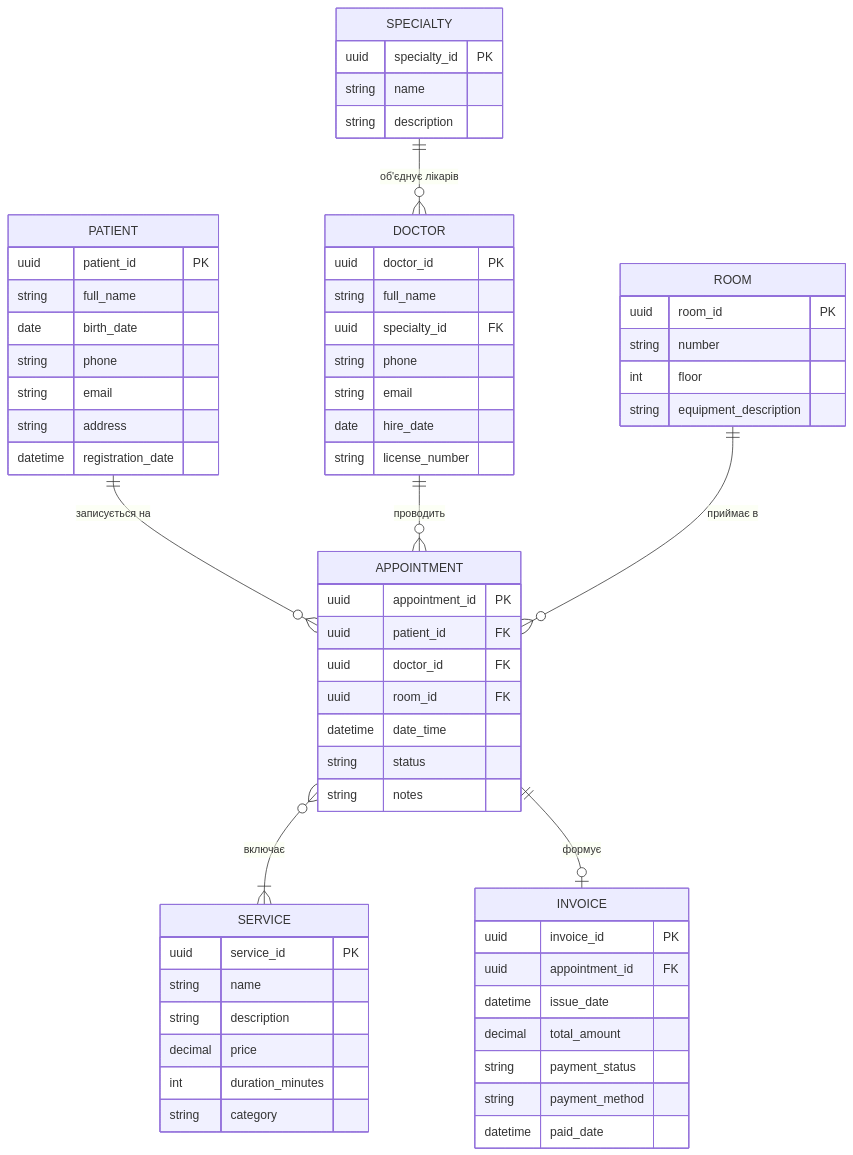
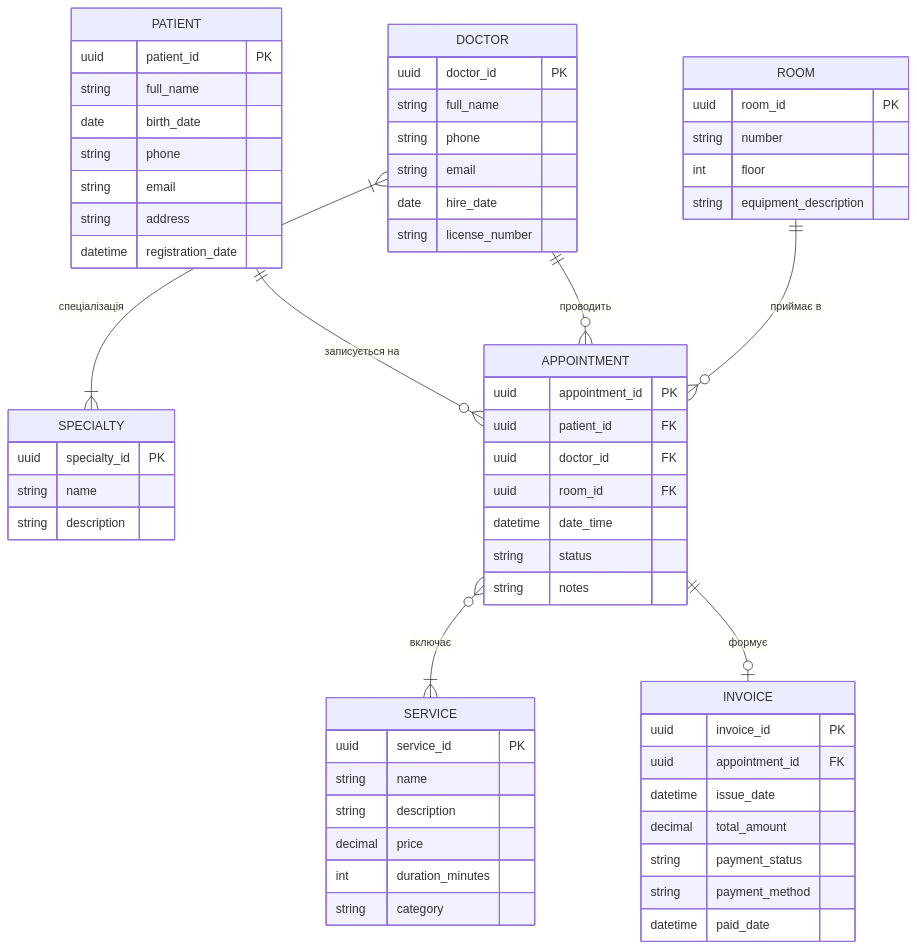
One commit to dvsqwx/KPI changed the diagram in er-diagram.mmd. Above: the diagram before and after it, drawn with Mermaid.

Commit message:
Refactor DOCTOR and SPECIALTY relationship
fix many-to- many doctor's specialty

```diff
--- a/er-diagram.mmd
+++ b/er-diagram.mmd
@@ -1,69 +1,68 @@
 erDiagram
     PATIENT {
         uuid patient_id PK
         string full_name
         date birth_date
         string phone
         string email
         string address
         datetime registration_date
     }
 
     DOCTOR {
         uuid doctor_id PK
         string full_name
-        uuid specialty_id FK
         string phone
         string email
         date hire_date
         string license_number
     }
 
     SPECIALTY {
         uuid specialty_id PK
         string name
         string description
     }
 
     ROOM {
         uuid room_id PK
         string number
         int floor
         string equipment_description
     }
 
     SERVICE {
         uuid service_id PK
         string name
         string description
         decimal price
         int duration_minutes
         string category
     }
 
     APPOINTMENT {
         uuid appointment_id PK
         uuid patient_id FK
         uuid doctor_id FK
         uuid room_id FK
         datetime date_time
         string status
         string notes
     }
 
     INVOICE {
         uuid invoice_id PK
         uuid appointment_id FK
         datetime issue_date
         decimal total_amount
         string payment_status
         string payment_method
         datetime paid_date
     }
 
-    SPECIALTY ||--o{ DOCTOR      : "об'єднує лікарів"
+    DOCTOR }|--|{ SPECIALTY      : "спеціалізація"
     PATIENT   ||--o{ APPOINTMENT : "записується на"
     DOCTOR    ||--o{ APPOINTMENT : "проводить"
     ROOM      ||--o{ APPOINTMENT : "приймає в"
     APPOINTMENT }o--|{ SERVICE   : "включає"
     APPOINTMENT ||--o| INVOICE   : "формує"
```
